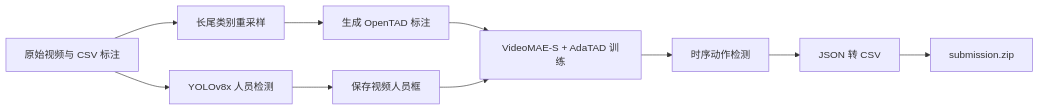
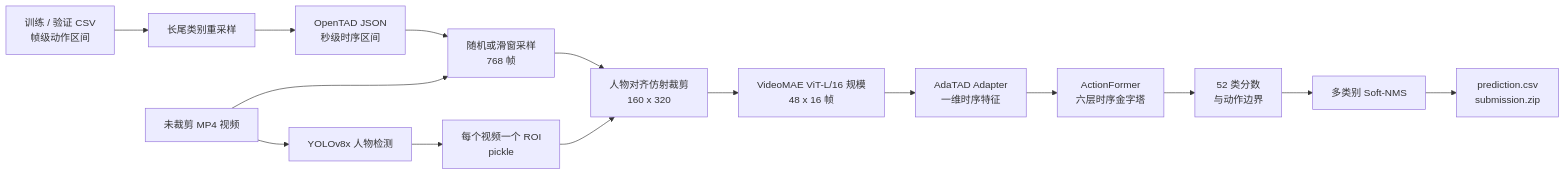
The diagram in README_CN.md (car-ops/MULTI-LABEL_MICRO-ACTION_DETECTION_MAC_2024), drawn with Mermaid before and after one commit. The commit also changed other lines of this file and 1 other file, not shown here.

````diff
--- a/README_CN.md
+++ b/README_CN.md
@@ -20,12 +30,20 @@
 ```mermaid
 flowchart LR
-    A[原始视频与 CSV 标注] --> B[长尾类别重采样]
-    A --> C[YOLOv8x 人员检测]
-    B --> D[生成 OpenTAD 标注]
-    C --> E[保存视频人员框]
-    D --> F[VideoMAE-S + AdaTAD 训练]
-    E --> F
-    F --> G[时序动作检测]
-    G --> H[JSON 转 CSV]
-    H --> I[submission.zip]
+    A[训练 / 验证 CSV<br/>帧级动作区间] --> B[长尾类别重采样]
+    B --> C[OpenTAD JSON<br/>秒级时序区间]
+
+    D[未裁剪 MP4 视频] --> E[YOLOv8x 人物检测]
+    E --> F[每个视频一个 ROI<br/>pickle]
+
+    C --> G[随机或滑窗采样<br/>768 帧]
+    D --> G
+    F --> H[人物对齐仿射裁剪<br/>160 x 320]
+    G --> H
+
+    H --> I[VideoMAE ViT-L/16 规模<br/>48 x 16 帧]
+    I --> J[AdaTAD Adapter<br/>一维时序特征]
+    J --> K[ActionFormer<br/>六层时序金字塔]
+    K --> L[52 类分数<br/>与动作边界]
+    L --> M[多类别 Soft-NMS]
+    M --> N[prediction.csv<br/>submission.zip]
 ```
````
